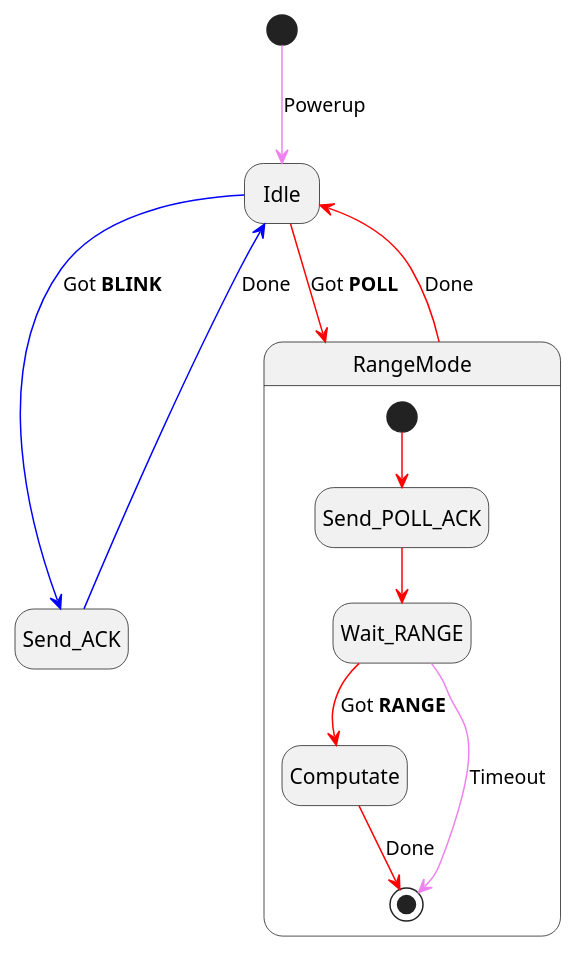
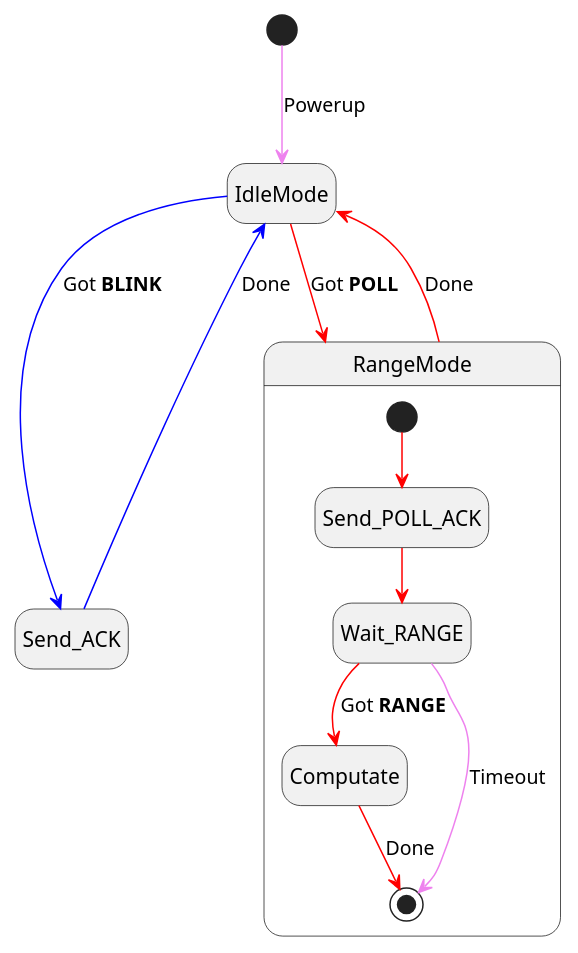
One commit to eastWillow/arduino-dw1000 changed the fourth of 4 diagrams in doc/UD_ranging.md. Above: the diagram before and after it, drawn with PlantUML. The commit also changed other lines of this file and 9 other files, not shown here.

````diff
--- a/doc/UD_ranging.md
+++ b/doc/UD_ranging.md
@@ -65,17 +65,17 @@
 ```plantuml
 @startuml
 hide empty description
-[*] --[#violet]> Idle : Powerup
-Idle --[#blue]>  Send_ACK : Got **BLINK**
-Send_ACK --[#blue]> Idle : Done
-Idle --[#red]>  RangeMode : Got **POLL**
+[*] --[#violet]> IdleMode : Powerup
+IdleMode --[#blue]>  Send_ACK : Got **BLINK**
+Send_ACK --[#blue]> IdleMode : Done
+IdleMode --[#red]>  RangeMode : Got **POLL**
 state RangeMode{
     [*] --[#red]> Send_POLL_ACK
     Send_POLL_ACK --[#red]> Wait_RANGE
     Wait_RANGE --[#red]> Computate  : Got **RANGE**
     Wait_RANGE --[#violet]> [*] : Timeout
     Computate --[#red]> [*]  : Done
 }
-RangeMode --[#red]> Idle : Done
+RangeMode --[#red]> IdleMode : Done
 @enduml
 ```
````
